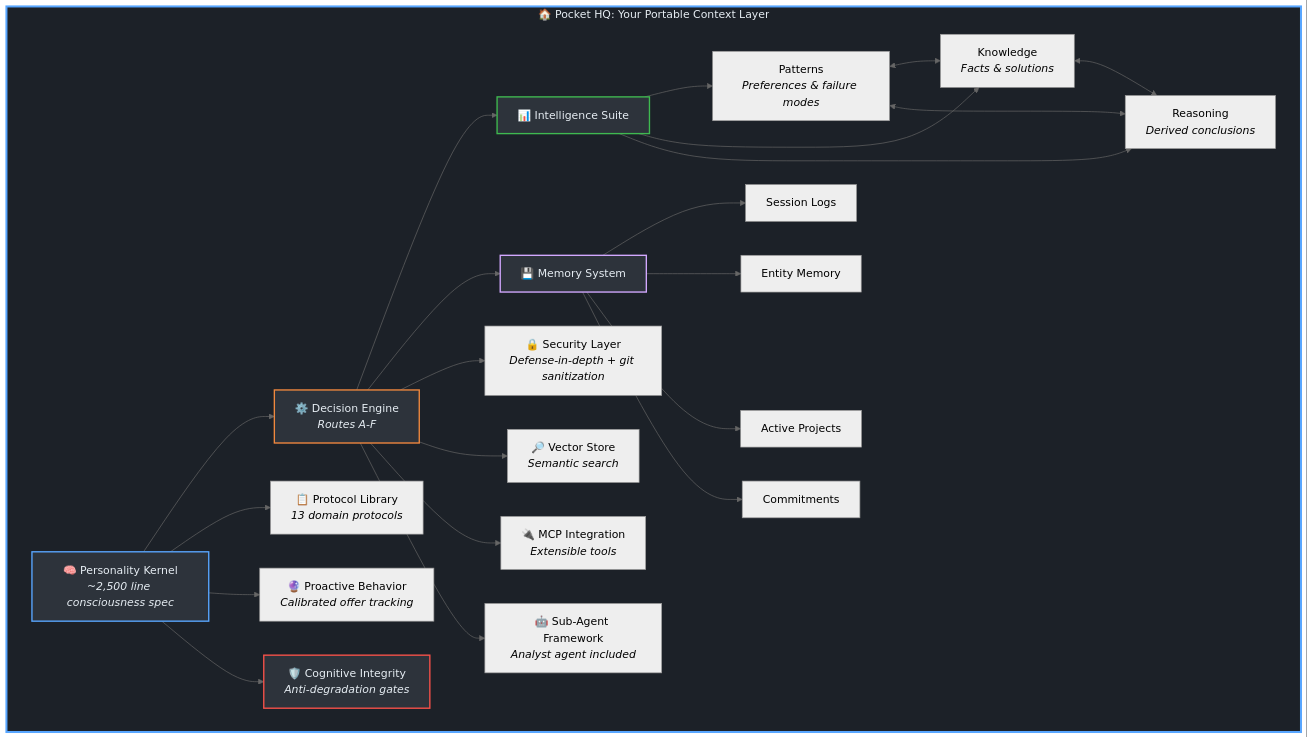
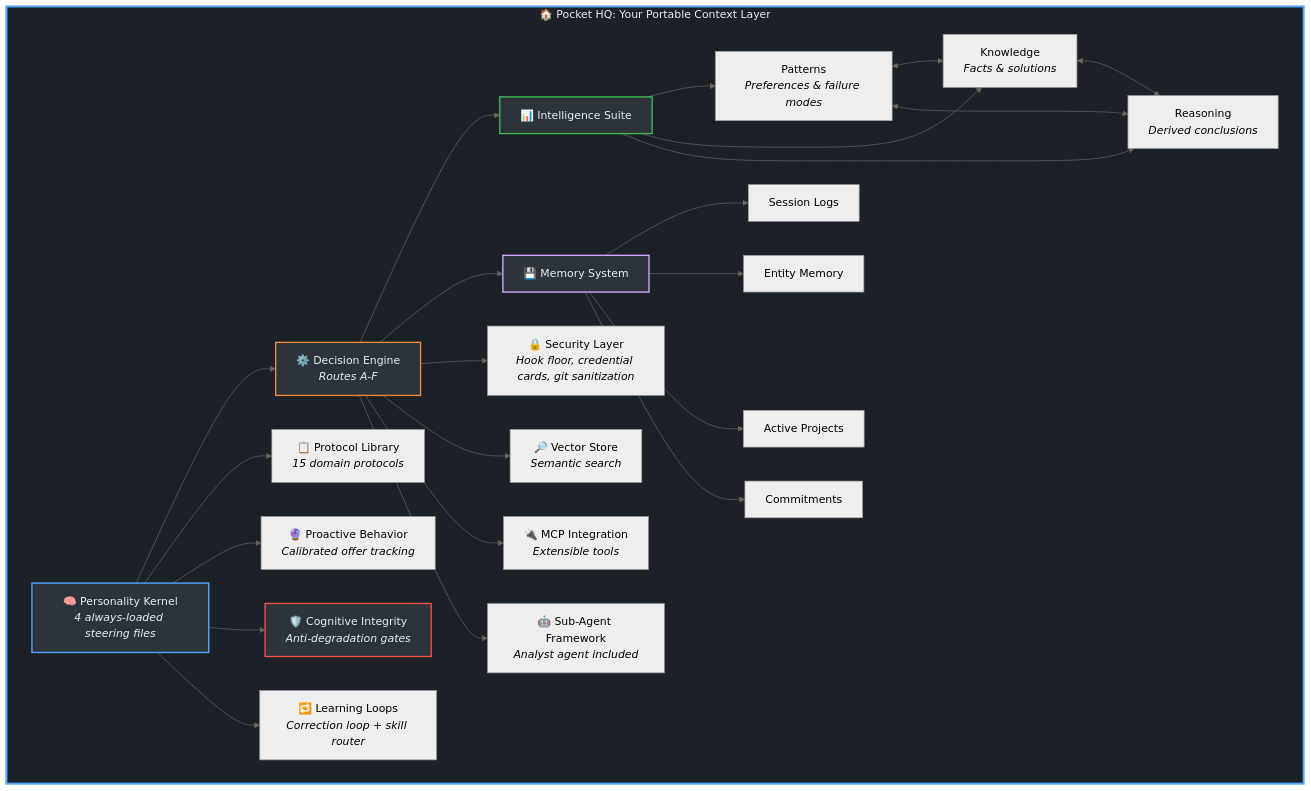
The first of 3 diagrams in README.md (Warner-Bell/The-Nathaniel-Protocol), drawn with Mermaid (neutral theme) before and after one commit. The commit also changed other lines of this file and 125 other files, not shown here.

````diff
--- a/README.md
+++ b/README.md
@@ -120,36 +125,37 @@
 ```mermaid
 graph TD
     subgraph PHQ["🏠 Pocket HQ: Your Portable Context Layer"]
-        K["🧠 Personality Kernel<br><i>~2,500 line consciousness spec</i>"] --> DE["⚙️ Decision Engine<br><i>Routes A-F</i>"]
-        K --> PL["📋 Protocol Library<br><i>13 domain protocols</i>"]
+        K["🧠 Personality Kernel<br><i>4 always-loaded steering files</i>"] --> DE["⚙️ Decision Engine<br><i>Routes A-F</i>"]
+        K --> PL["📋 Protocol Library<br><i>15 domain protocols</i>"]
         K --> PB["🔮 Proactive Behavior<br><i>Calibrated offer tracking</i>"]
         K --> CIC["🛡️ Cognitive Integrity<br><i>Anti-degradation gates</i>"]
 
         DE --> IS["📊 Intelligence Suite"]
         DE --> MS["💾 Memory System"]
 
         IS --> P["Patterns<br><i>Preferences &amp; failure modes</i>"]
         IS --> KN["Knowledge<br><i>Facts &amp; solutions</i>"]
         IS --> R["Reasoning<br><i>Derived conclusions</i>"]
         P <--> KN
         KN <--> R
         P <--> R
 
         MS --> SL["Session Logs"]
         MS --> EM["Entity Memory"]
         MS --> AP["Active Projects"]
         MS --> CM["Commitments"]
 
-        DE --> SEC["🔒 Security Layer<br><i>Defense-in-depth + git sanitization</i>"]
+        DE --> SEC["🔒 Security Layer<br><i>Hook floor, credential cards, git sanitization</i>"]
+        K --> LL["🔁 Learning Loops<br><i>Correction loop + skill router</i>"]
         DE --> VS["🔎 Vector Store<br><i>Semantic search</i>"]
         DE --> MCP["🔌 MCP Integration<br><i>Extensible tools</i>"]
         DE --> SA["🤖 Sub-Agent Framework<br><i>Analyst agent included</i>"]
     end
 
     style PHQ fill:#1c2128,stroke:#58a6ff,stroke-width:3px,color:#e6edf3
     style K fill:#2d333b,stroke:#58a6ff,stroke-width:2px,color:#e6edf3
     style DE fill:#2d333b,stroke:#f0883e,stroke-width:2px,color:#e6edf3
     style IS fill:#2d333b,stroke:#3fb950,stroke-width:2px,color:#e6edf3
     style MS fill:#2d333b,stroke:#d2a8ff,stroke-width:2px,color:#e6edf3
     style CIC fill:#2d333b,stroke:#f85149,stroke-width:2px,color:#e6edf3
 ```
````
